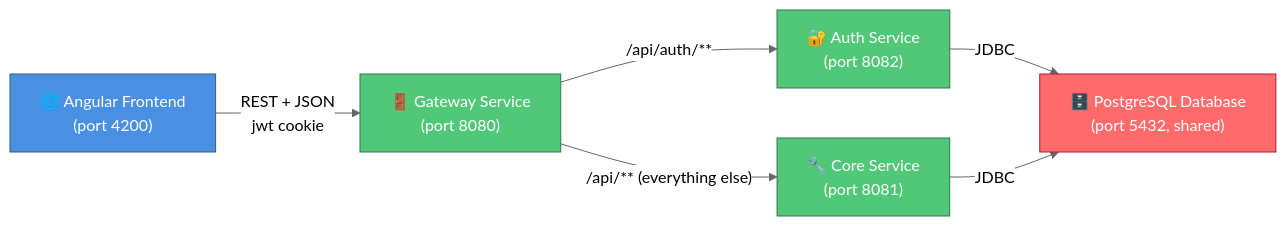
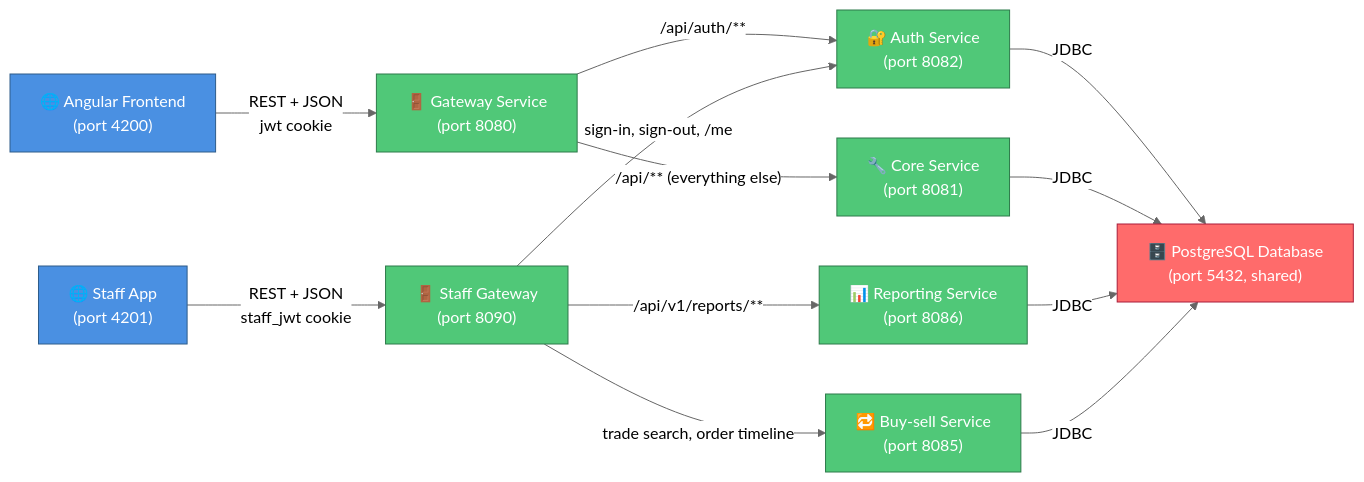
The first of 4 diagrams in README.md (aditya0774/LeMarketJames), drawn with Mermaid (neutral theme) before and after one commit. The commit also changed other lines of this file and 22 other files, not shown here.

Commit message:
feat(LMKT-143): add staff gateway

````diff
--- a/README.md
+++ b/README.md
@@ -100,16 +101,22 @@
 ```mermaid
 graph LR
     A["🌐 Angular Frontend<br/>(port 4200)"] -->|"REST + JSON<br/>jwt cookie"| G["🚪 Gateway Service<br/>(port 8080)"]
     G -->|"/api/auth/**"| AU["🔐 Auth Service<br/>(port 8082)"]
     G -->|"/api/** (everything else)"| CO["🔧 Core Service<br/>(port 8081)"]
     AU -->|"JDBC"| C["🗄️ PostgreSQL Database<br/>(port 5432, shared)"]
     CO -->|"JDBC"| C
+    S["🌐 Staff App<br/>(port 4201)"] -->|"REST + JSON<br/>staff_jwt cookie"| SG["🚪 Staff Gateway<br/>(port 8090)"]
+    SG -->|"sign-in, sign-out, /me"| AU
+    SG -->|"/api/v1/reports/**"| RE["📊 Reporting Service<br/>(port 8086)"]
+    SG -->|"trade search, order timeline"| BS["🔁 Buy-sell Service<br/>(port 8085)"]
+    RE -->|"JDBC"| C
+    BS -->|"JDBC"| C
 
     classDef frontend fill:#4A90E2,stroke:#2E5C8A,color:#fff
     classDef backend fill:#50C878,stroke:#2D7A4A,color:#fff
     classDef database fill:#FF6B6B,stroke:#A91D3A,color:#fff
 
-    class A frontend
-    class G,AU,CO backend
+    class A,S frontend
+    class G,SG,AU,CO,RE,BS backend
     class C database
 ```
````
